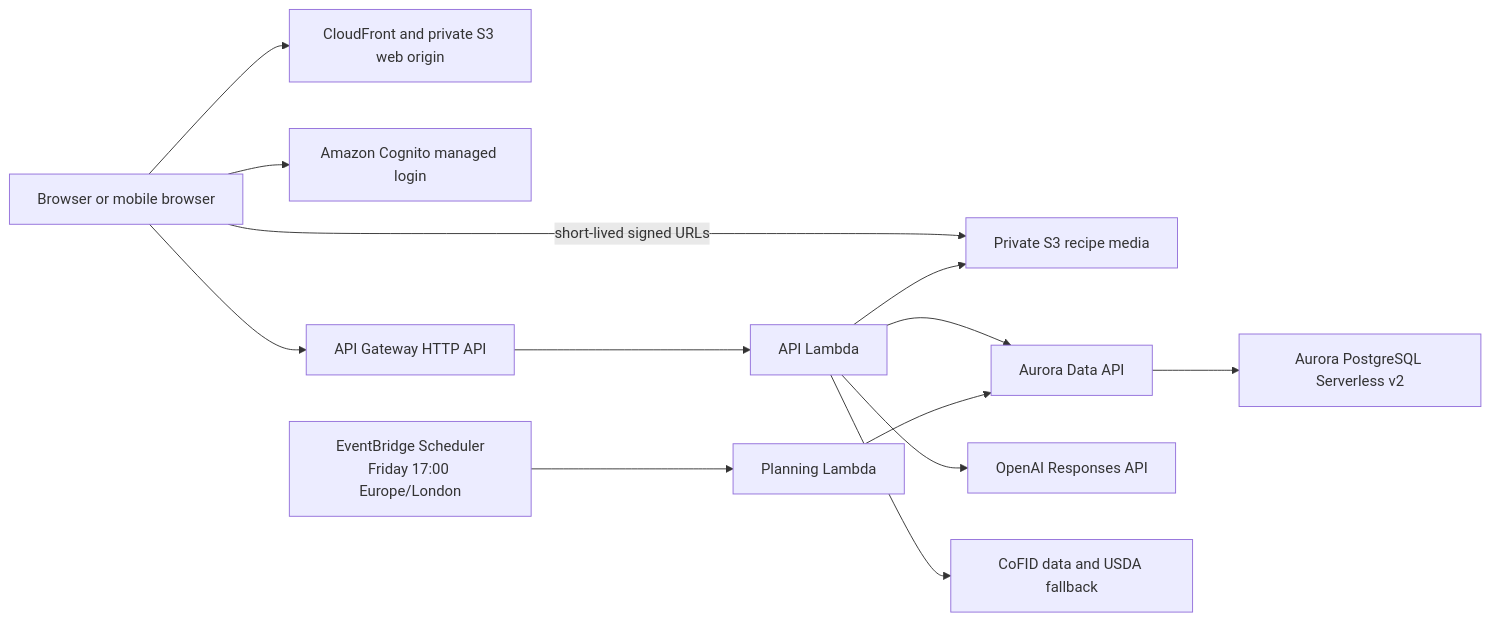
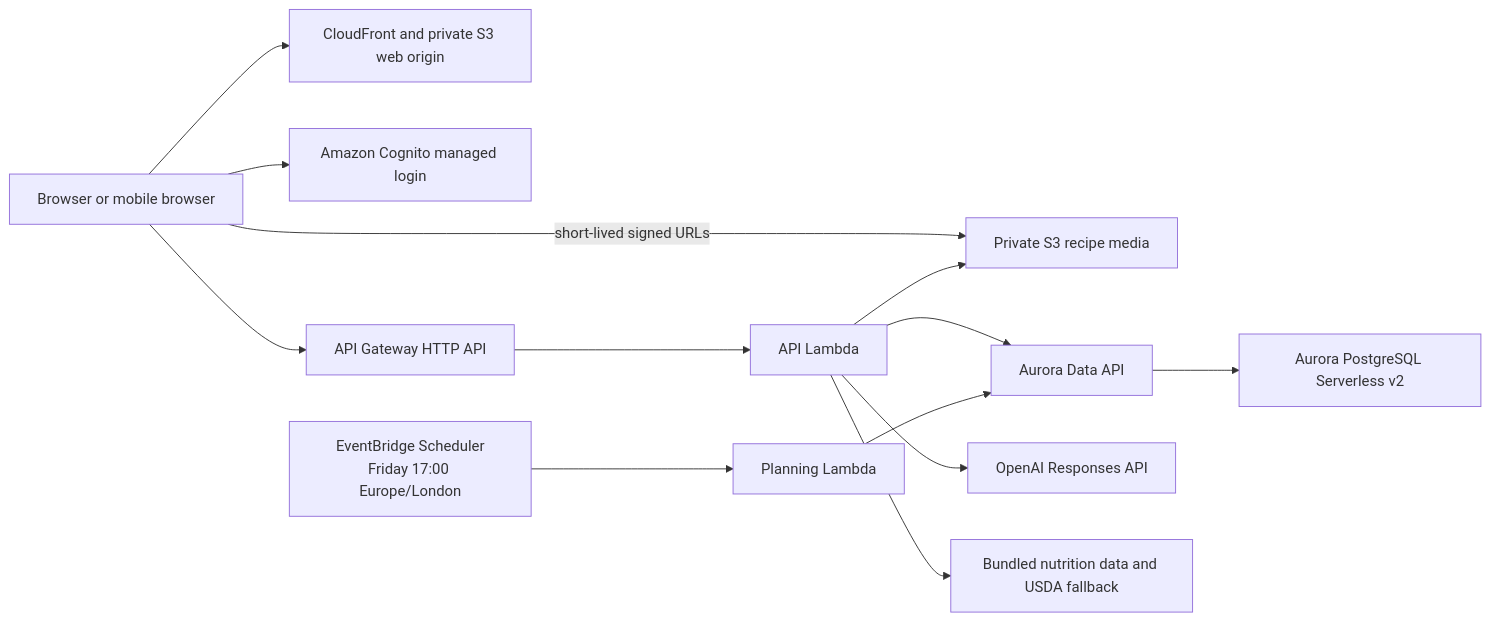
One commit to cdm319/MacroMap changed the diagram in docs/technical-architecture.md. Above: the diagram before and after it, drawn with Mermaid. The commit also changed other lines of this file and 13 other files, not shown here.

````diff
--- a/docs/technical-architecture.md
+++ b/docs/technical-architecture.md
@@ -38,15 +38,15 @@
 ```mermaid
 flowchart LR
     Browser["Browser or mobile browser"] --> Web["CloudFront and private S3 web origin"]
     Browser --> Auth["Amazon Cognito managed login"]
     Browser --> API["API Gateway HTTP API"]
     Browser -->|"short-lived signed URLs"| Media["Private S3 recipe media"]
     API --> ApiLambda["API Lambda"]
     Schedule["EventBridge Scheduler<br/>Friday 17:00 Europe/London"] --> PlannerLambda["Planning Lambda"]
     ApiLambda --> DataApi["Aurora Data API"]
     PlannerLambda --> DataApi
     DataApi --> Database["Aurora PostgreSQL Serverless v2"]
     ApiLambda --> Media
     ApiLambda --> OpenAI["OpenAI Responses API"]
-    ApiLambda --> Nutrition["CoFID data and USDA fallback"]
+    ApiLambda --> Nutrition["Bundled nutrition data and USDA fallback"]
 ```
````
